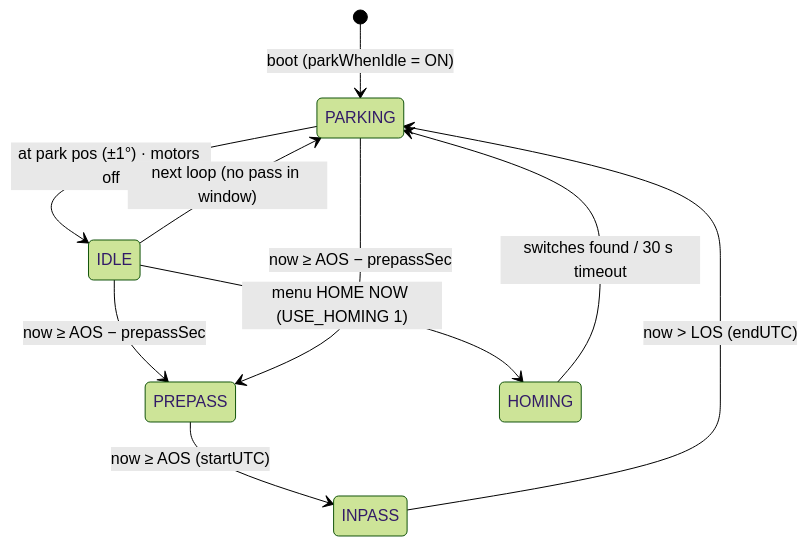
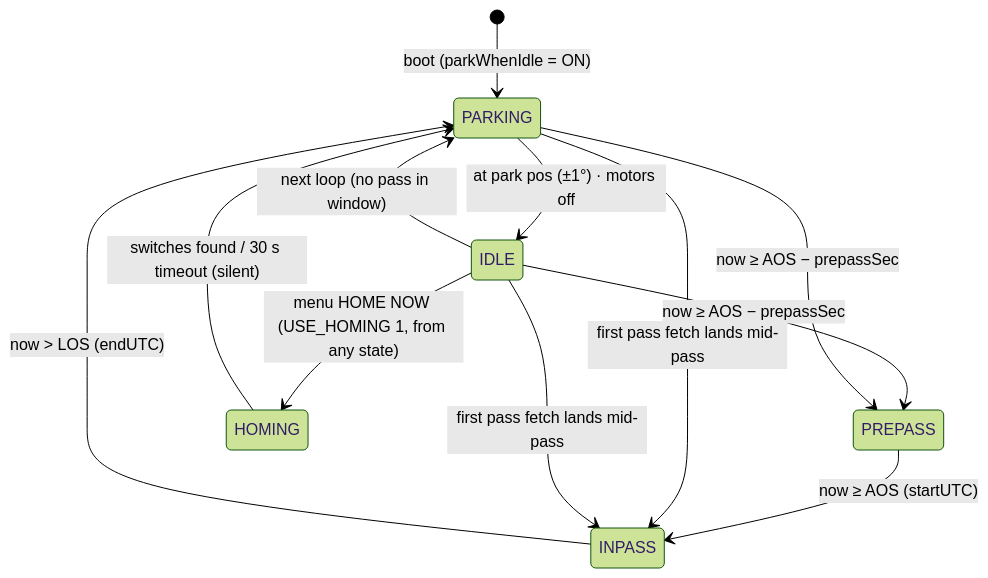
The first of 3 diagrams in docs/SATELLITE_TRACKER_GUIDE.md (rodrisan/ardusat-tracker), drawn with Mermaid (forest theme) before and after one commit. The commit also changed other lines of this file and 8 other files, not shown here.

````diff
--- a/docs/SATELLITE_TRACKER_GUIDE.md
+++ b/docs/SATELLITE_TRACKER_GUIDE.md
@@ -367,12 +373,14 @@
 ```mermaid
 stateDiagram-v2
     [*] --> PARKING: boot (parkWhenIdle = ON)
     PARKING --> IDLE: at park pos (±1°) · motors off
     IDLE --> PARKING: next loop (no pass in window)
     IDLE --> PREPASS: now ≥ AOS − prepassSec
     PARKING --> PREPASS: now ≥ AOS − prepassSec
     PREPASS --> INPASS: now ≥ AOS (startUTC)
+    PARKING --> INPASS: first pass fetch lands mid-pass
+    IDLE --> INPASS: first pass fetch lands mid-pass
     INPASS --> PARKING: now > LOS (endUTC)
-    IDLE --> HOMING: menu HOME NOW (USE_HOMING 1)
-    HOMING --> PARKING: switches found / 30 s timeout
+    IDLE --> HOMING: menu HOME NOW (USE_HOMING 1, from any state)
+    HOMING --> PARKING: switches found / 30 s timeout (silent)
 ```
````
